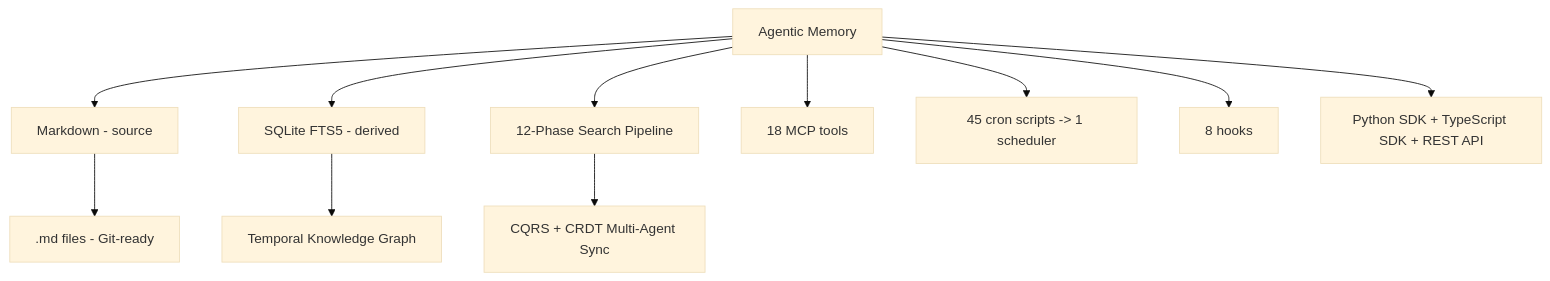
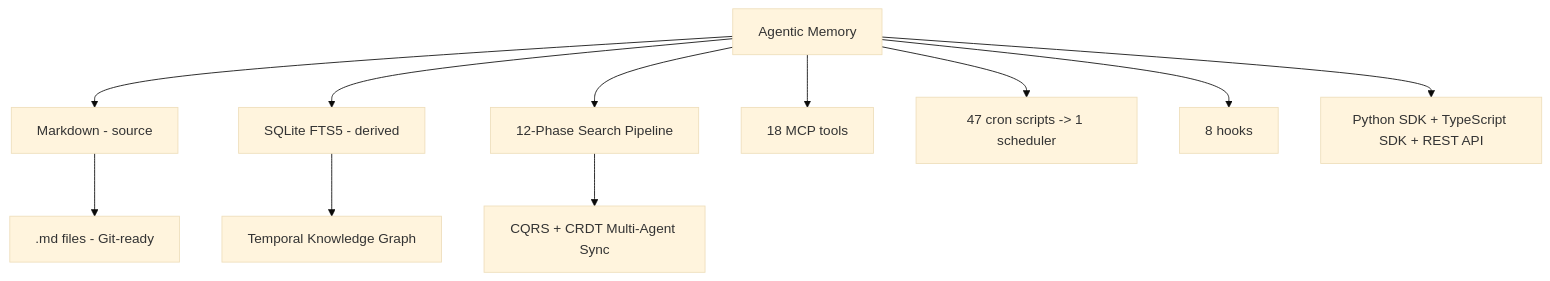
Before and after one commit to ArkaAiAdmin/Agentic-Memory: the diagram in README.md, drawn with Mermaid (base theme). The commit also changed other lines of this file and 5 other files, not shown here.

````diff
--- a/README.md
+++ b/README.md
@@ -23,13 +23,13 @@
 ```mermaid
 graph TD
     A[Agentic Memory] --> B[Markdown - source]
     A --> C[SQLite FTS5 - derived]
     A --> D[12-Phase Search Pipeline]
     B --> E[.md files - Git-ready]
     C --> F[Temporal Knowledge Graph]
     D --> G[CQRS + CRDT Multi-Agent Sync]
     A --> H[18 MCP tools]
-    A --> I[45 cron scripts -> 1 scheduler]
+    A --> I[47 cron scripts -> 1 scheduler]
     A --> J[8 hooks]
     A --> K[Python SDK + TypeScript SDK + REST API]
 ```
````
